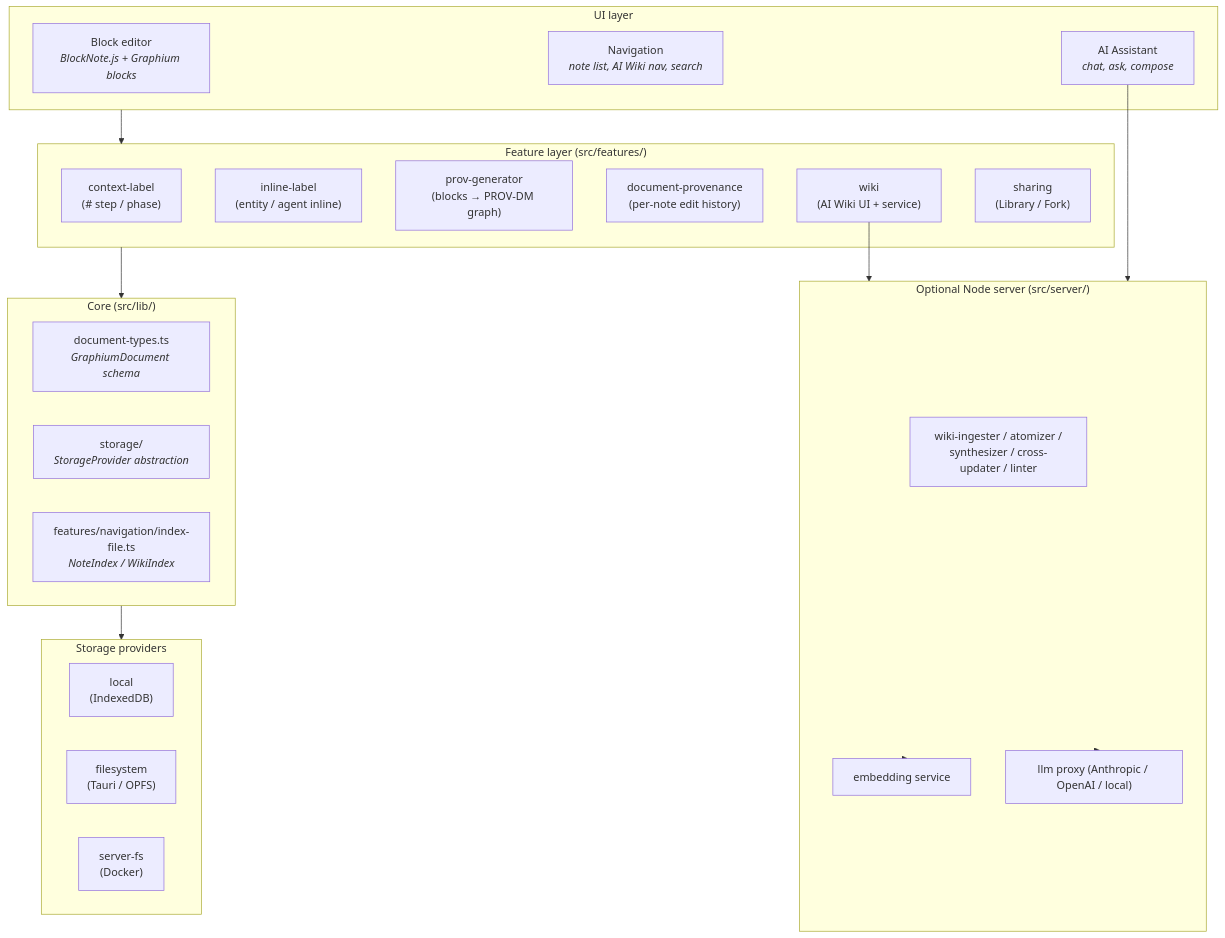
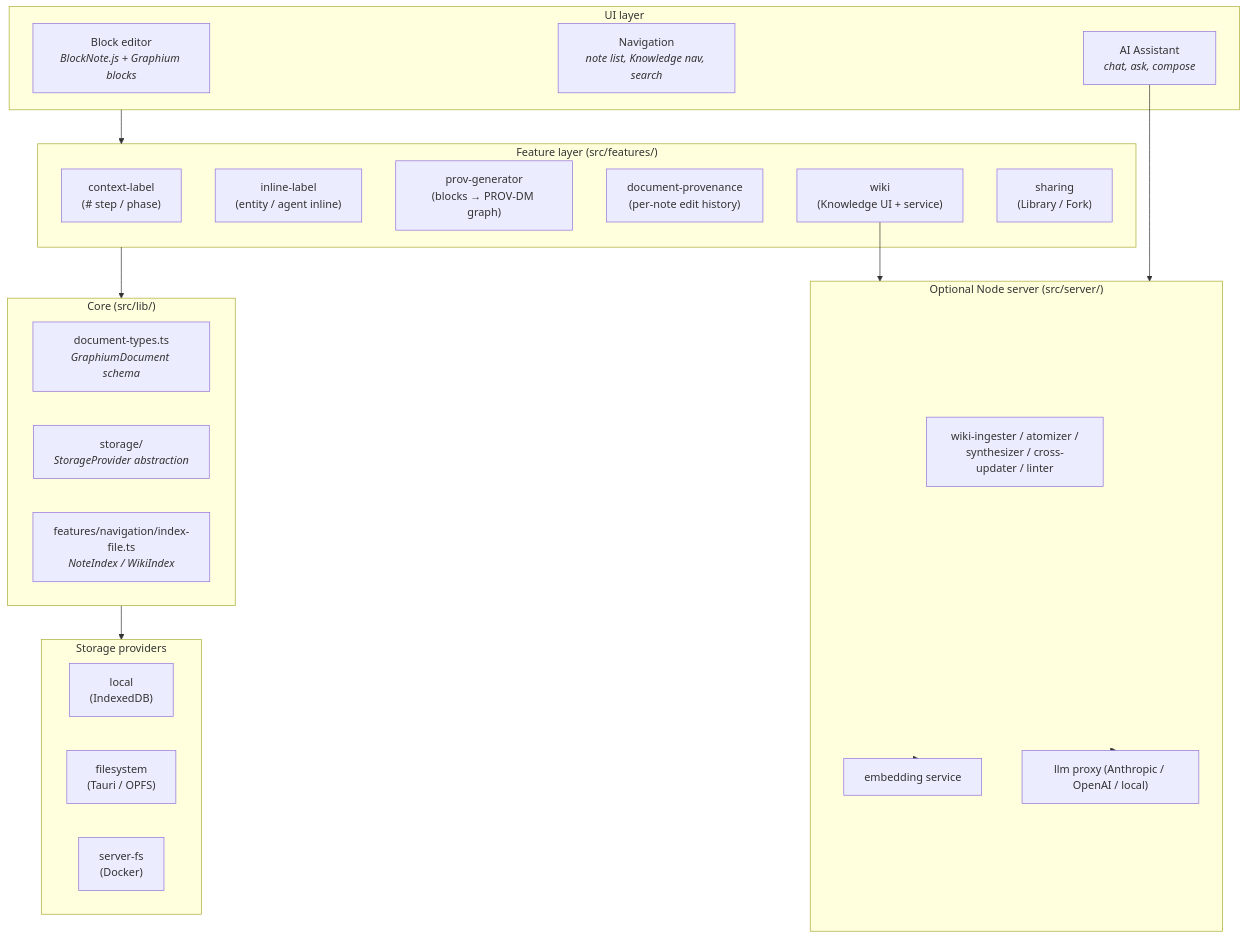
Before and after one commit to kumagallium/Graphium: the first of 3 diagrams in docs/ARCHITECTURE.md, drawn with Mermaid. The commit also changed other lines of this file and 3 other files, not shown here.

First line of the commit message:
docs: replace remaining 'AI Wiki' / 'Wiki' wording with 'Knowledge layer'

````diff
--- a/docs/ARCHITECTURE.md
+++ b/docs/ARCHITECTURE.md
@@ -39,43 +39,43 @@
 ```mermaid
 flowchart TB
     subgraph UI["UI layer"]
         E["Block editor<br/><i>BlockNote.js + Graphium blocks</i>"]
-        N["Navigation<br/><i>note list, AI Wiki nav, search</i>"]
+        N["Navigation<br/><i>note list, Knowledge nav, search</i>"]
         AI["AI Assistant<br/><i>chat, ask, compose</i>"]
     end
 
     subgraph FEAT["Feature layer (src/features/)"]
         CL["context-label<br/>(# step / phase)"]
         IL["inline-label<br/>(entity / agent inline)"]
         PG["prov-generator<br/>(blocks → PROV-DM graph)"]
         DP["document-provenance<br/>(per-note edit history)"]
-        WIKI["wiki<br/>(AI Wiki UI + service)"]
+        WIKI["wiki<br/>(Knowledge UI + service)"]
         SH["sharing<br/>(Library / Fork)"]
     end
 
     subgraph CORE["Core (src/lib/)"]
         DT["document-types.ts<br/><i>GraphiumDocument schema</i>"]
         ST["storage/<br/><i>StorageProvider abstraction</i>"]
         IDX["features/navigation/index-file.ts<br/><i>NoteIndex / WikiIndex</i>"]
     end
 
     subgraph SRV["Optional Node server (src/server/)"]
         WI["wiki-ingester / atomizer /<br/>synthesizer / cross-updater / linter"]
         EMB["embedding service"]
         LLM["llm proxy (Anthropic / OpenAI / local)"]
     end
 
     subgraph PROV["Storage providers"]
         L["local<br/>(IndexedDB)"]
         F["filesystem<br/>(Tauri / OPFS)"]
         S["server-fs<br/>(Docker)"]
     end
 
     UI --> FEAT
     FEAT --> CORE
     CORE --> PROV
     AI --> SRV
     WIKI --> SRV
     SRV --> EMB
     SRV --> LLM
 ```
````
